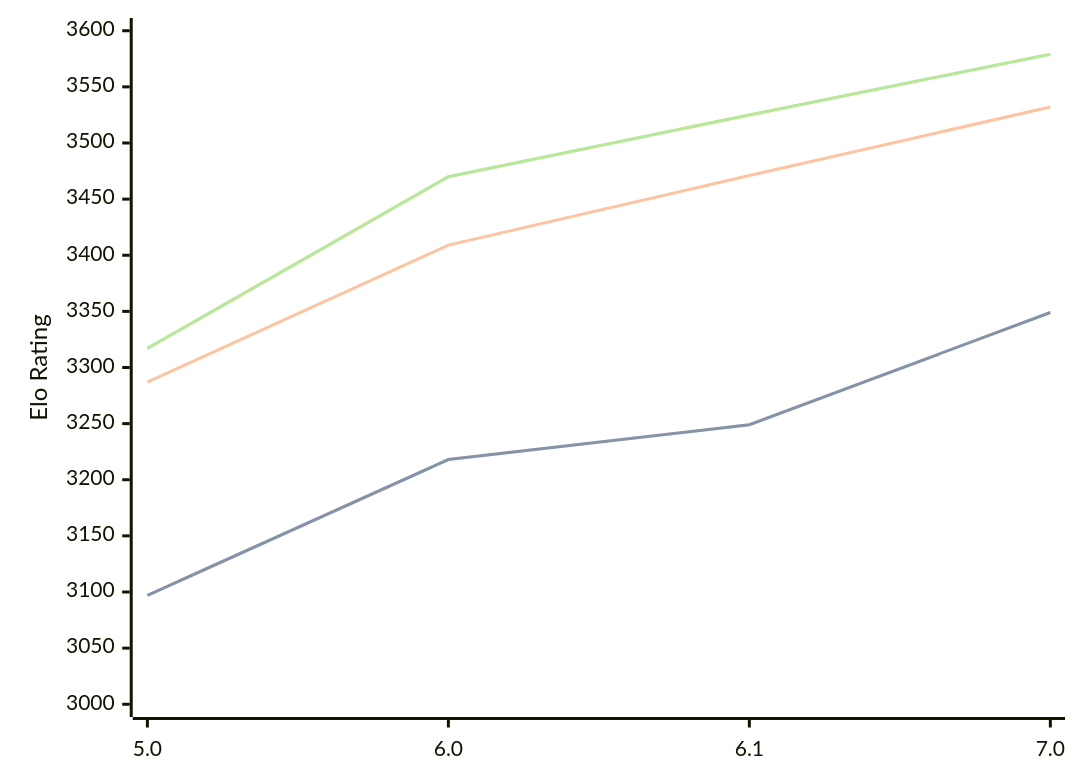
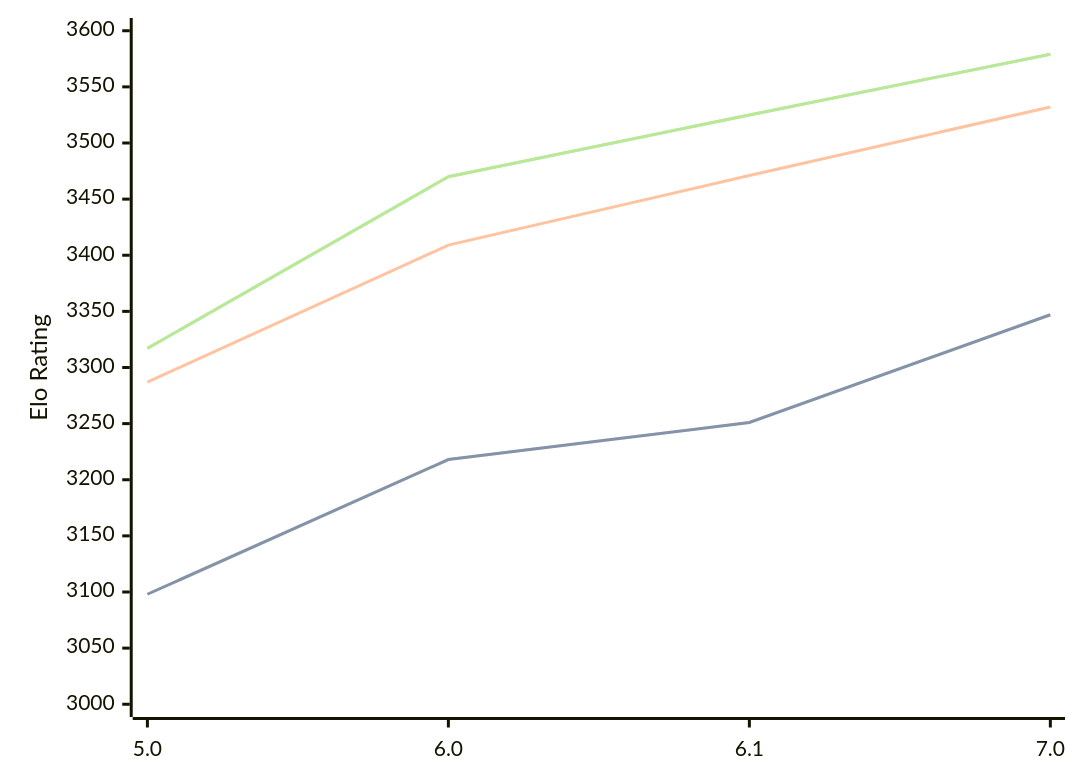
One commit to computer-chess-index/cci changed the diagram in engines/PZChessBot.md. Above: the diagram before and after it, drawn with Mermaid. The commit also changed other lines of this file, not shown here.

````diff
--- a/engines/PZChessBot.md
+++ b/engines/PZChessBot.md
@@ -43,11 +43,11 @@
 ```mermaid
 %%{init: {"theme":"base","themeVariables":{"seriesColors:['#a3a3a3','#222221','#faa371']}}}%%
 xychart-beta
   x-axis ["5.0", "6.0", "6.1", "7.0"]
   y-axis "Elo Rating" 3000 --> 3600
-  line "STC (8.0+0.08s)" [3097, 3218, 3249, 3349]
-  line "STC (8.0+0.08s)" [3097, 3218, 3249, 3349]
+  line "STC (8.0+0.08s)" [3098, 3218, 3251, 3347]
+  line "STC (8.0+0.08s)" [3098, 3218, 3251, 3347]
   line "LTC (60.0+0.60s)" [3287, 3409, 3471, 3532]
   line "VLTC (2m24s+1.12s)" [3317, 3470, 3525, 3579]
   line "VLTC (2m24s+1.12s)" [3317, 3470, 3525, 3579]
 ```
````
